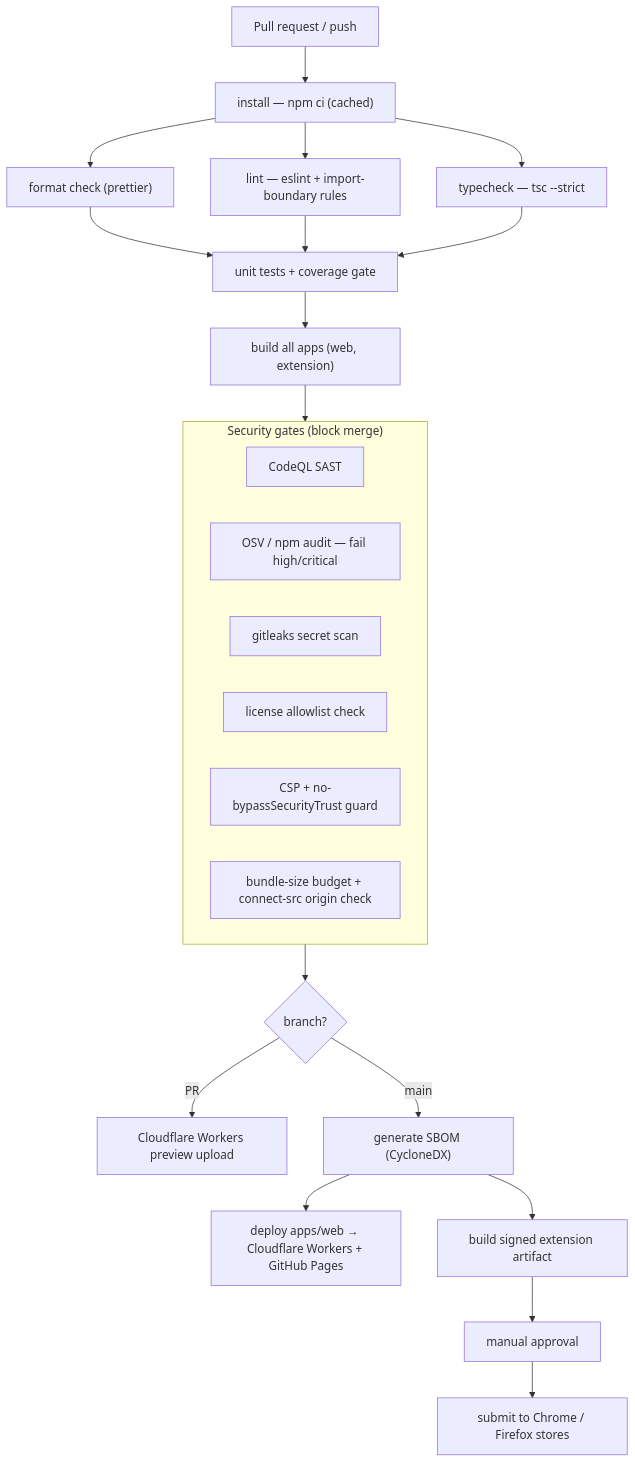
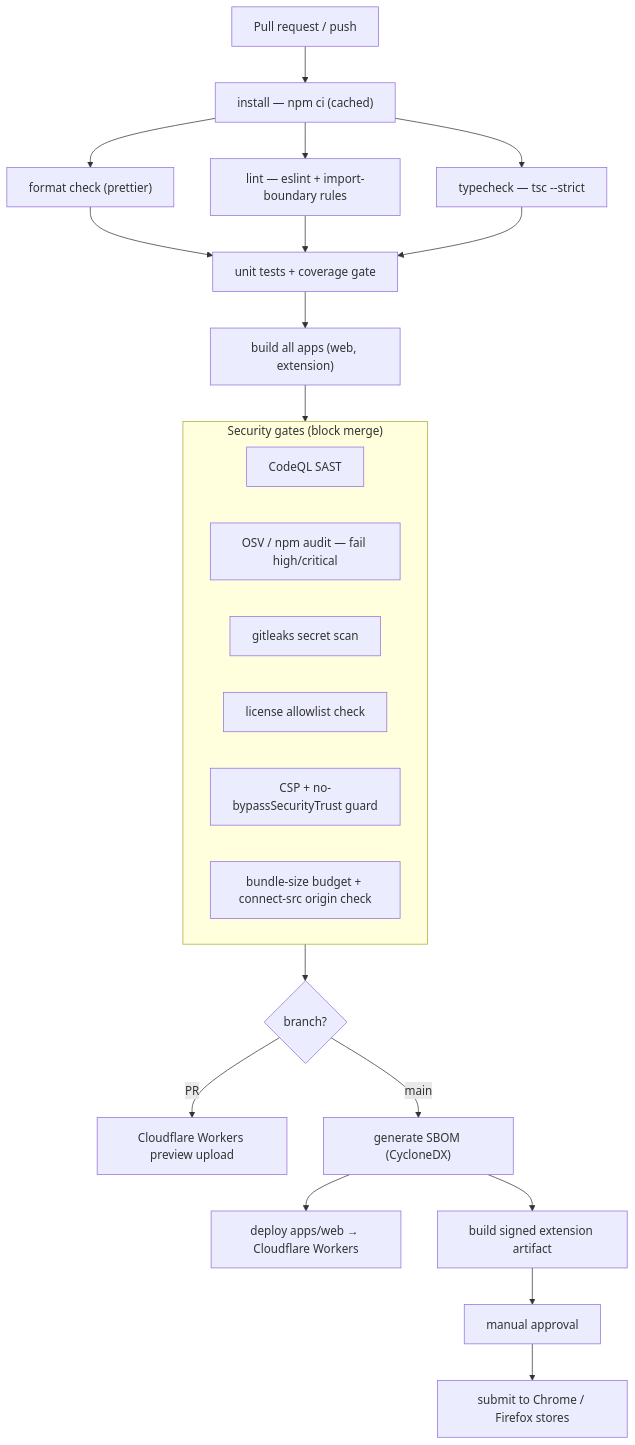
Before and after one commit to MahmoudNasserGouda/cairn: the diagram in docs/ci-cd.md, drawn with Mermaid. The commit also changed other lines of this file and 7 other files, not shown here.

First line of the commit message:
ci(deploy): drop GitHub Pages mirror; add solo/team branch-protection modes

````diff
--- a/docs/ci-cd.md
+++ b/docs/ci-cd.md
@@ -34,30 +34,30 @@
 ```mermaid
 flowchart TD
     PR["Pull request / push"] --> Install["install — npm ci (cached)"]
     Install --> Format["format check (prettier)"]
     Install --> Lint["lint — eslint + import-boundary rules"]
     Install --> Types["typecheck — tsc --strict"]
     Format --> Test["unit tests + coverage gate"]
     Lint --> Test
     Types --> Test
     Test --> Build["build all apps (web, extension)"]
     Build --> Sec
 
     subgraph Sec["Security gates (block merge)"]
         direction LR
         CodeQL["CodeQL SAST"]
         OSV["OSV / npm audit — fail high/critical"]
         Gitleaks["gitleaks secret scan"]
         License["license allowlist check"]
         CSPGuard["CSP + no-bypassSecurityTrust guard"]
         Bundle["bundle-size budget + connect-src origin check"]
     end
 
     Sec --> PreviewGate{branch?}
     PreviewGate -- "PR" --> Preview["Cloudflare Workers preview upload"]
     PreviewGate -- "main" --> SBOM["generate SBOM (CycloneDX)"]
-    SBOM --> DeployWeb["deploy apps/web → Cloudflare Workers + GitHub Pages"]
+    SBOM --> DeployWeb["deploy apps/web → Cloudflare Workers"]
     SBOM --> ExtArtifact["build signed extension artifact"]
     ExtArtifact --> ManualGate["manual approval"]
     ManualGate --> StoreSubmit["submit to Chrome / Firefox stores"]
 ```
````
